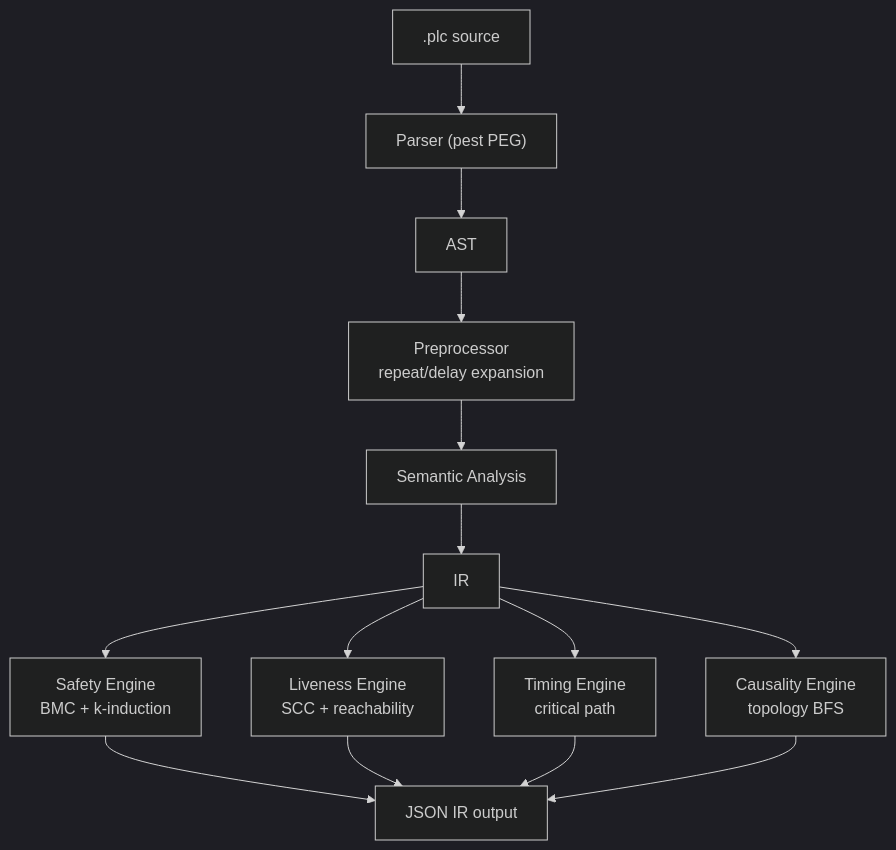
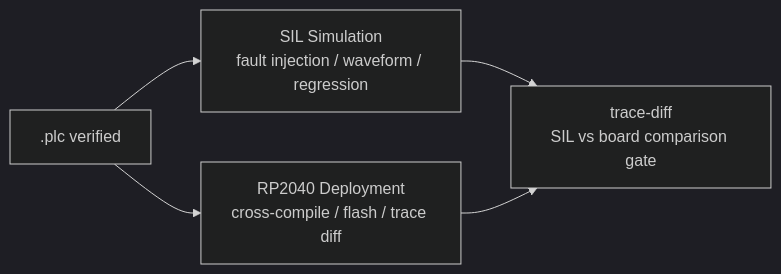
The second of 2 diagrams in README_EN.md (xxrust/RustPLC), drawn with Mermaid (dark theme) before and after one commit. The commit also changed other lines of this file and 1 other file, not shown here.

````diff
--- a/README_EN.md
+++ b/README_EN.md
@@ -413,19 +108,7 @@
 ```mermaid
-flowchart TD
-    A[".plc source"]
-    A --> B["Parser (pest PEG)"]
-    B --> C["AST"]
-    C --> D["Preprocessor<br>repeat/delay expansion"]
-    D --> E["Semantic Analysis"]
-    E --> F["IR"]
-
-    F --> G["Safety Engine<br>BMC + k-induction"]
-    F --> H["Liveness Engine<br>SCC + reachability"]
-    F --> I["Timing Engine<br>critical path"]
-    F --> J["Causality Engine<br>topology BFS"]
-
-    G --> K["JSON IR output"]
-    H --> K
-    I --> K
-    J --> K
+flowchart LR
+    A[".plc verified"] --> B["SIL Simulation<br>fault injection / waveform / regression"]
+    A --> C["RP2040 Deployment<br>cross-compile / flash / trace diff"]
+    B --> D["trace-diff<br>SIL vs board comparison gate"]
+    C --> D
 ```
````
